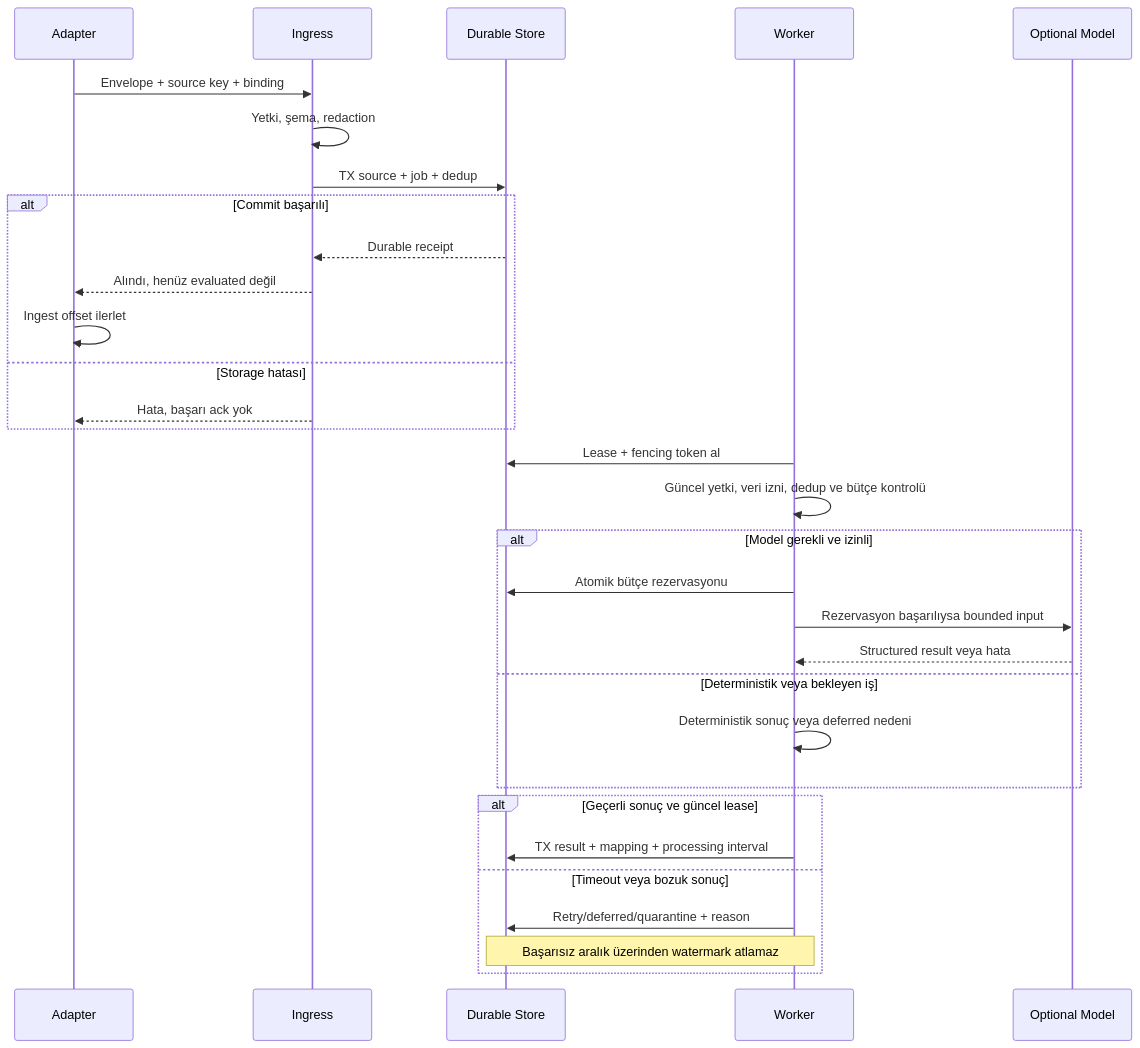
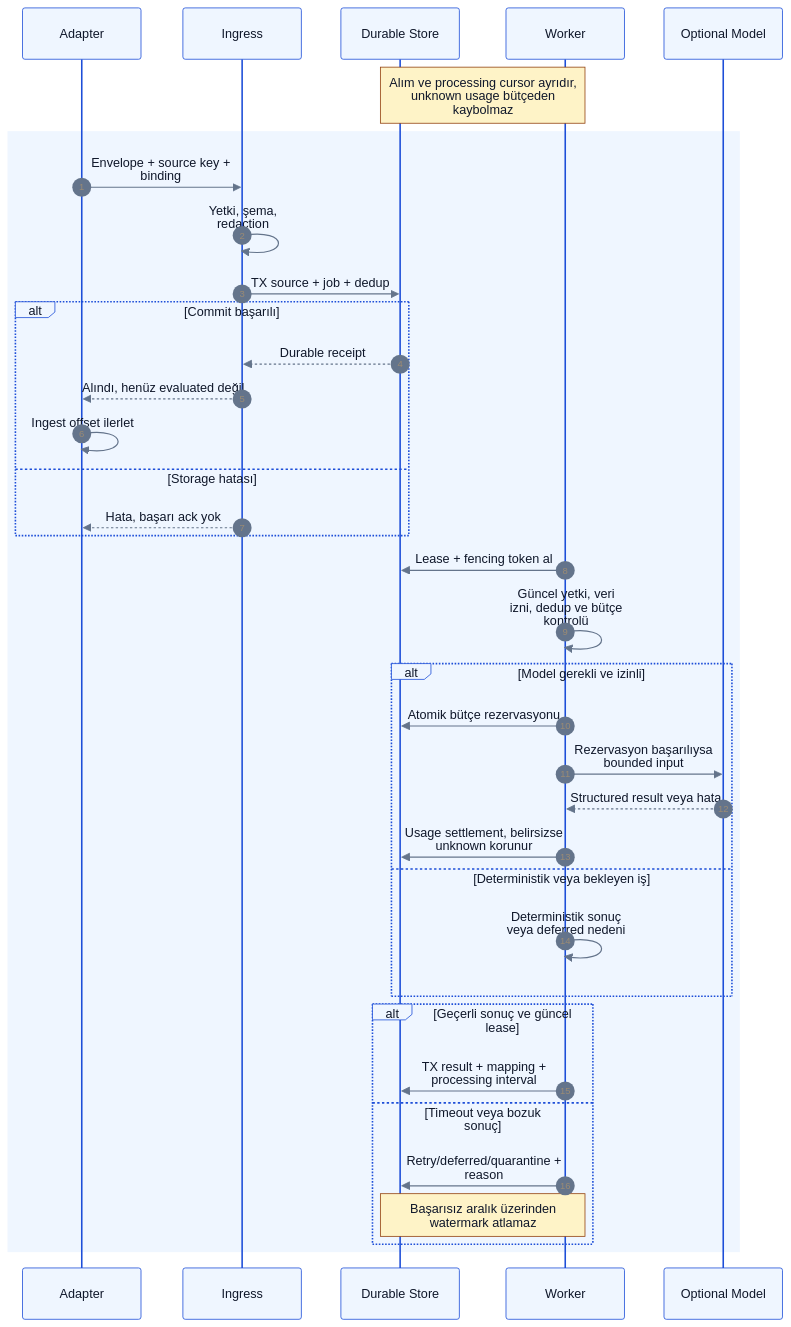
One commit to alphanAkbulut/decivora changed the fourth of 13 diagrams in docs/architecture/diagrams.md. Above: the diagram before and after it, drawn with Mermaid. The commit also changed other lines of this file and 21 other files, not shown here.

Commit message:
Refresh all Mermaid diagrams, clarify decision states and document rendering evidence

````diff
--- a/docs/architecture/diagrams.md
+++ b/docs/architecture/diagrams.md
@@ -139,33 +192,41 @@
 ```mermaid
+%%{init: {"theme":"base","themeVariables":{"fontFamily":"Arial, sans-serif","fontSize":"14px","primaryColor":"#eff6ff","primaryTextColor":"#0f172a","primaryBorderColor":"#1d4ed8","lineColor":"#64748b","secondaryColor":"#ccfbf1","tertiaryColor":"#f1f5f9","background":"#ffffff","mainBkg":"#eff6ff","textColor":"#0f172a","clusterBkg":"#f8fafc","clusterBorder":"#94a3b8","edgeLabelBackground":"#ffffff","actorBkg":"#eff6ff","actorTextColor":"#0f172a","actorBorder":"#1d4ed8","signalColor":"#64748b","signalTextColor":"#0f172a","noteBkgColor":"#fef3c7","noteTextColor":"#0f172a","noteBorderColor":"#92400e"},"flowchart":{"htmlLabels":false,"curve":"linear"},"sequence":{"wrap":true},"themeCSS":"background-color:#ffffff;"}}%%
 sequenceDiagram
+    accTitle: Kalıcı source alımı ve bounded değerlendirme
+    accDescr: Önerilen tasarım veya açıkça belirtilen sentetik örnek. Renkler alan ve kontrol türünü gösterir; implemented veya passed kanıtı değildir. Yetki, revision ve coverage sınırları korunur.
+    autonumber
     participant A as Adapter
     participant I as Ingress
     participant D as Durable Store
     participant W as Worker
     participant M as Optional Model
+    Note over W,D: Alım ve processing cursor ayrıdır, unknown usage bütçeden kaybolmaz
+    rect rgb(239, 246, 255)
     A->>I: Envelope + source key + binding
     I->>I: Yetki, şema, redaction
     I->>D: TX source + job + dedup
     alt Commit başarılı
         D-->>I: Durable receipt
         I-->>A: Alındı, henüz evaluated değil
         A->>A: Ingest offset ilerlet
     else Storage hatası
         I-->>A: Hata, başarı ack yok
     end
     W->>D: Lease + fencing token al
     W->>W: Güncel yetki, veri izni, dedup ve bütçe kontrolü
     alt Model gerekli ve izinli
         W->>D: Atomik bütçe rezervasyonu
         W->>M: Rezervasyon başarılıysa bounded input
         M-->>W: Structured result veya hata
+        W->>D: Usage settlement, belirsizse unknown korunur
     else Deterministik veya bekleyen iş
         W->>W: Deterministik sonuç veya deferred nedeni
     end
     alt Geçerli sonuç ve güncel lease
         W->>D: TX result + mapping + processing interval
     else Timeout veya bozuk sonuç
         W->>D: Retry/deferred/quarantine + reason
         Note over W,D: Başarısız aralık üzerinden watermark atlamaz
     end
+    end
 ```
````
